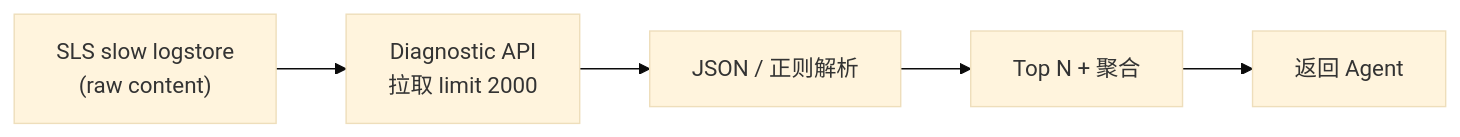
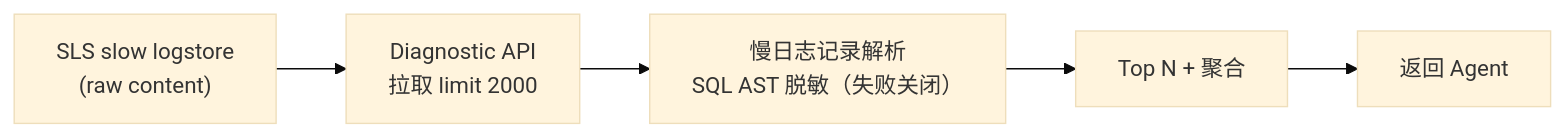
Before and after one commit to yangzhengjie/tidb-diag: the fifth of 10 diagrams in docs/tidb-diag-agent-technical-design.md, drawn with Mermaid (base theme). The commit also changed other lines of this file and 1 other file, not shown here.

````diff
--- a/docs/tidb-diag-agent-technical-design.md
+++ b/docs/tidb-diag-agent-technical-design.md
@@ -621,7 +773,7 @@
 ```mermaid
 flowchart LR
     A["SLS slow logstore<br/>(raw content)"] --> B["Diagnostic API<br/>拉取 limit 2000"]
-    B --> C["JSON / 正则解析"]
+    B --> C["慢日志记录解析<br/>SQL AST 脱敏（失败关闭）"]
     C --> D["Top N + 聚合"]
     D --> E["返回 Agent"]
 ```
````
